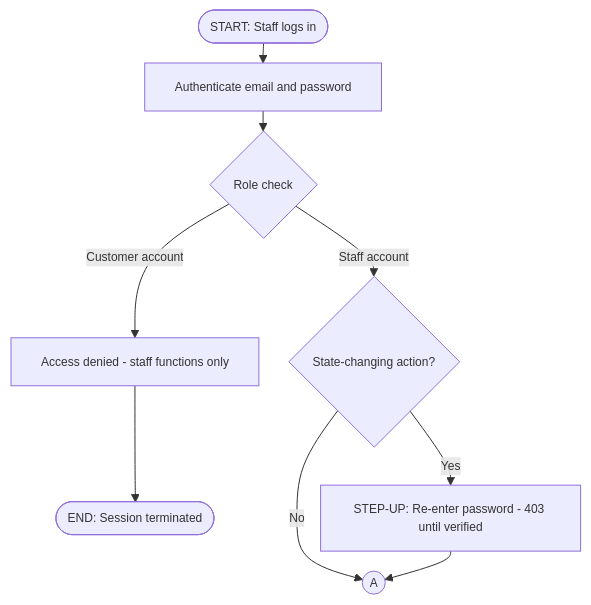
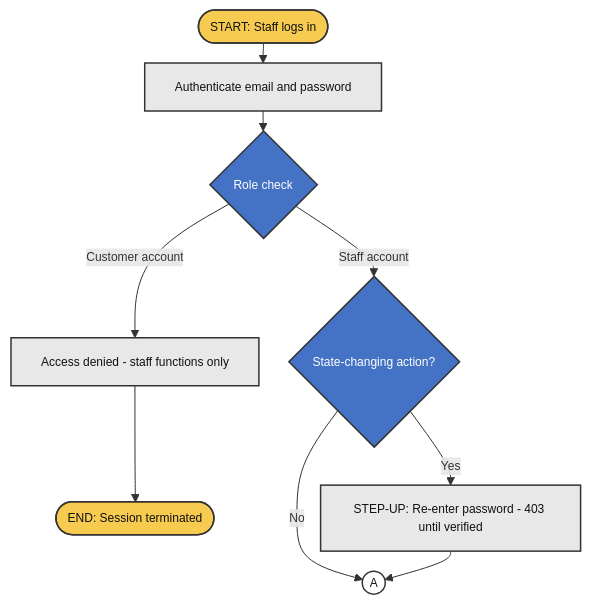
One commit to banderitax5/whiskers-prototype changed the fifth of 8 diagrams in docs/system-flowcharts.md. Above: the diagram before and after it, drawn with Mermaid. The commit also changed other lines of this file, not shown here.

Commit message:
docs: capstone color scheme for flowcharts - yellow terminators, blue decisions, gray steps

````diff
--- a/docs/system-flowcharts.md
+++ b/docs/system-flowcharts.md
@@ -88,12 +123,20 @@
 ```mermaid
 %%{init: {"flowchart": {"nodeSpacing": 12, "rankSpacing": 20}, "themeVariables": {"fontSize": "12px"}}}%%
 flowchart TD
     S(["START: Staff logs in"]) --> AU["Authenticate email and password"]
     AU --> RC{"Role check"}
     RC -- "Customer account" --> DENY["Access denied - staff functions only"]
     DENY --> ED(["END: Session terminated"])
     RC -- "Staff account" --> SU{"State-changing action?"}
     SU -- Yes --> ST["STEP-UP: Re-enter password - 403 until verified"]
     SU -- No --> KA(("A"))
     ST --> KA
+    classDef term fill:#F6CB4F,stroke:#333333,stroke-width:1.5px,color:#111111
+    classDef proc fill:#E8E8E8,stroke:#333333,stroke-width:1.5px,color:#111111
+    classDef dec fill:#4472C4,stroke:#333333,stroke-width:1.5px,color:#FFFFFF
+    classDef conn fill:#FFFFFF,stroke:#333333,stroke-width:1.5px,color:#111111
+    class S,ED term
+    class RC,SU dec
+    class AU,DENY,ST proc
+    class KA conn
 ```
````
